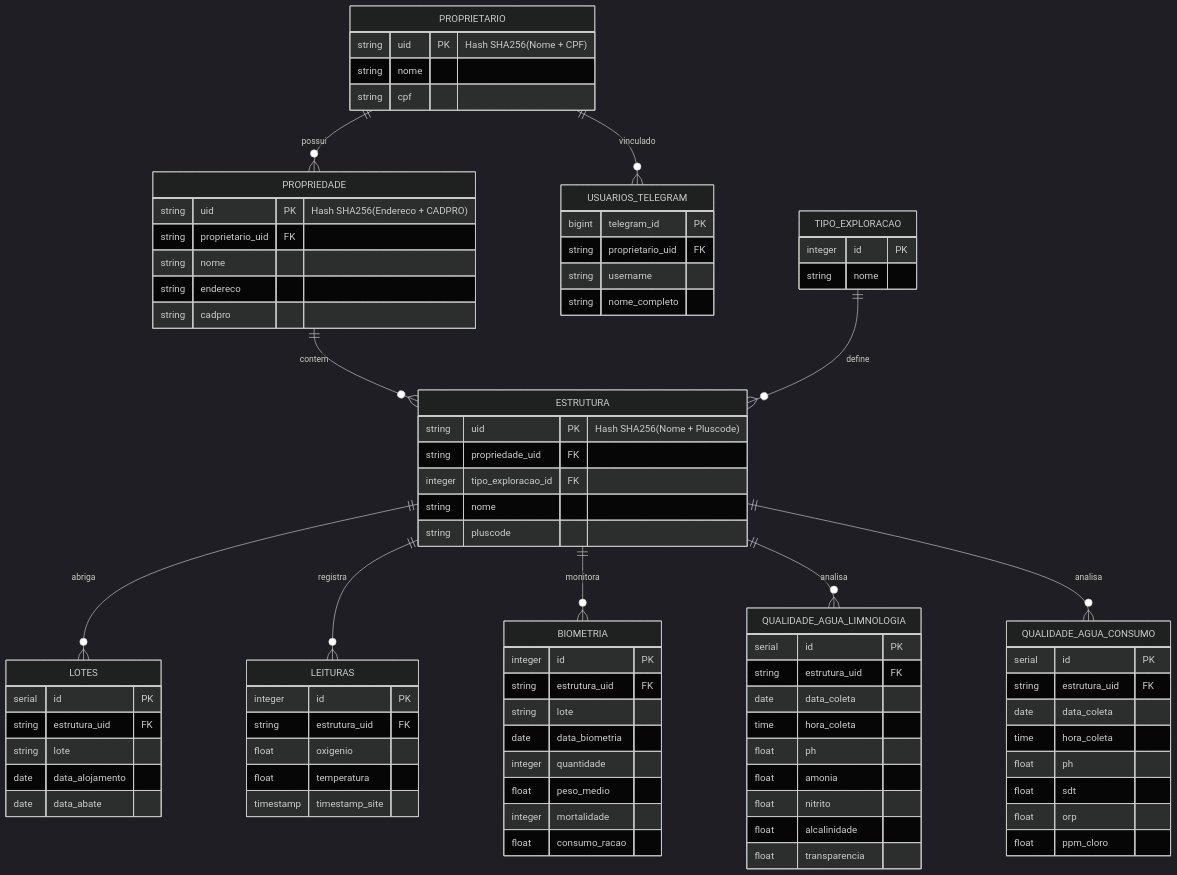
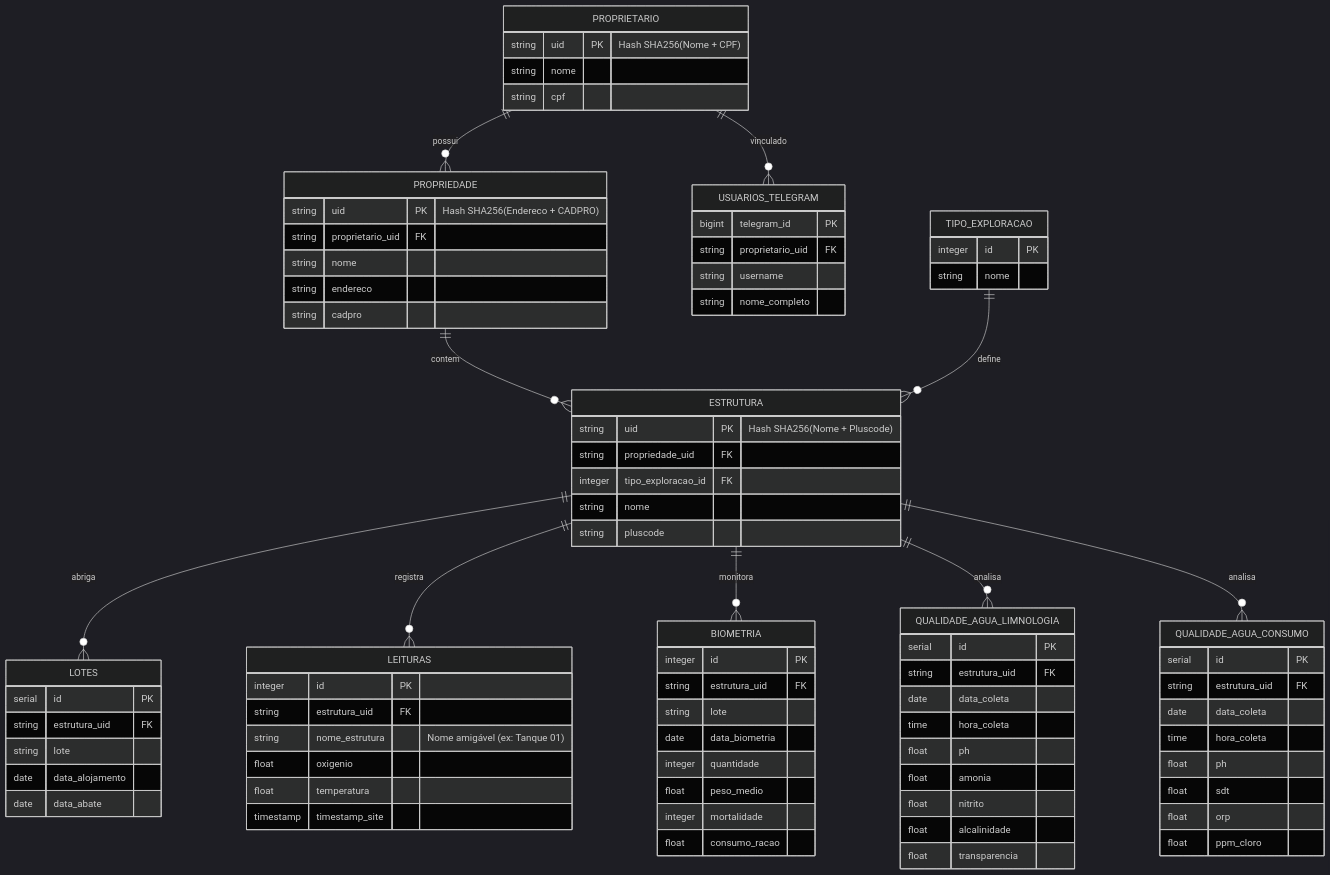
One commit to brunocorisco86/generalsystemscraping changed the diagram in docs/MER.md. Above: the diagram before and after it, drawn with Mermaid (dark theme). The commit also changed 12 other files, not shown here.

Commit message:
feat: implement 'nome_estrutura' column across all monitoring modules and update MER

```diff
--- a/docs/MER.md
+++ b/docs/MER.md
@@ -61,6 +61,7 @@
     LEITURAS {
         integer id PK
         string estrutura_uid FK
+        string nome_estrutura "Nome amigável (ex: Tanque 01)"
         float oxigenio
         float temperatura
         timestamp timestamp_site
```
